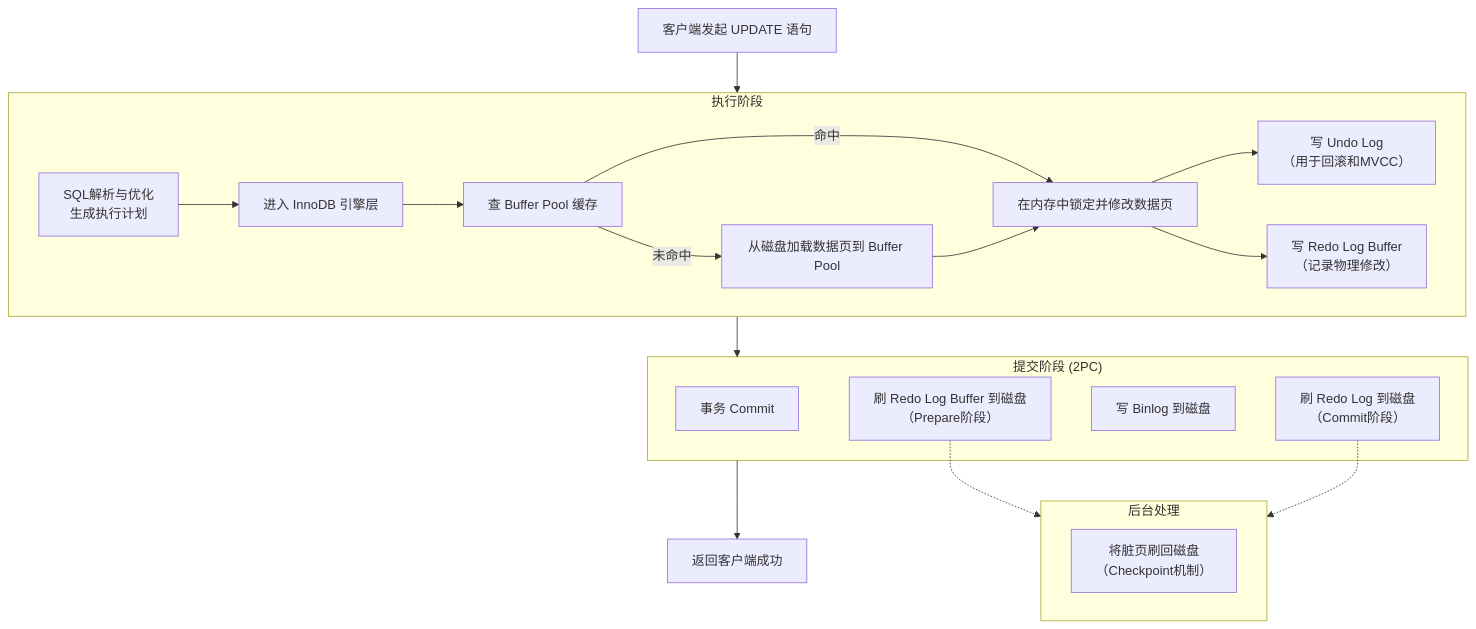
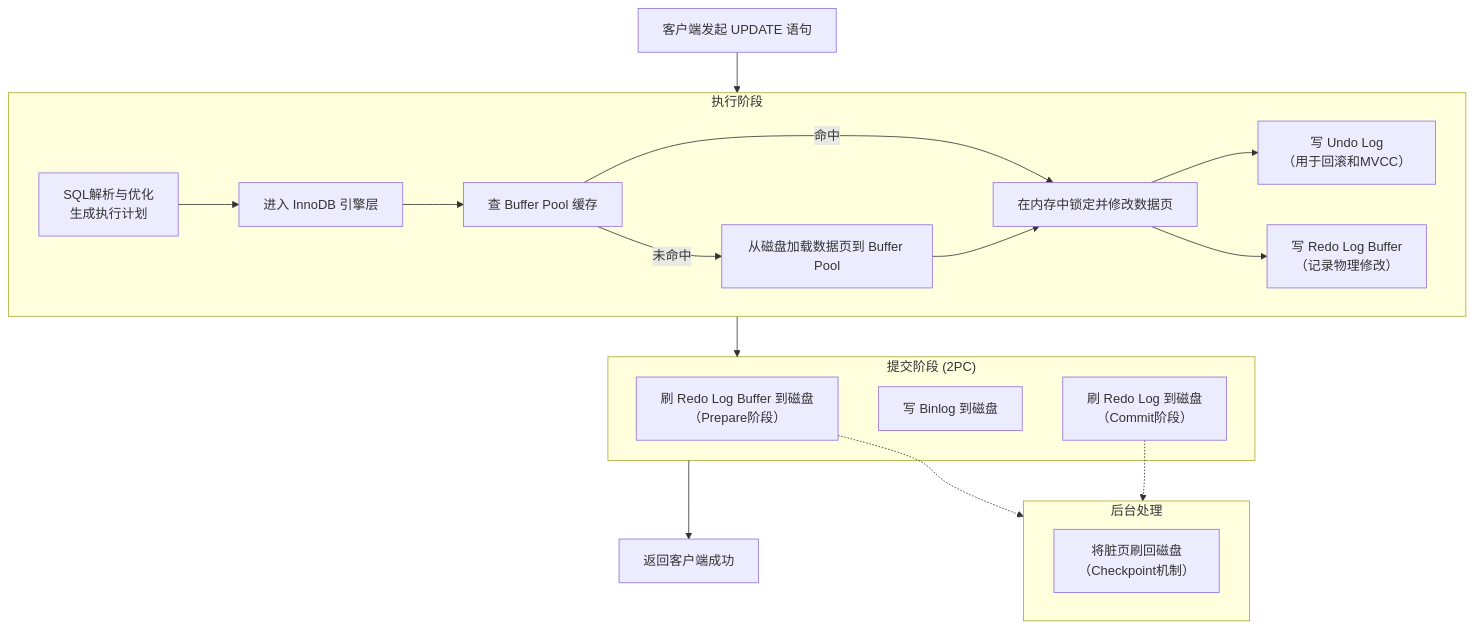
The diagram in 记录一次update的事务执行过程.md (rarer08/enter_java), drawn with Mermaid before and after one commit.

Commit message:
修改流程图

````diff
--- a/记录一次update的事务执行过程.md
+++ b/记录一次update的事务执行过程.md
@@ -9,33 +9,32 @@
 ```mermaid
 flowchart TD
     A[客户端发起 UPDATE 语句] --> B
     
     subgraph B [执行阶段]
         B1[SQL解析与优化<br>生成执行计划]
         B1 --> B2[进入 InnoDB 引擎层]
         B2 --> B3[查 Buffer Pool 缓存]
         B3 -->|命中| B4[在内存中锁定并修改数据页]
         B3 -->|未命中| B5[从磁盘加载数据页到 Buffer Pool]
         B5 --> B4
         B4 --> B6[写 Undo Log<br>（用于回滚和MVCC）]
         B4 --> B7[写 Redo Log Buffer<br>（记录物理修改）]
     end
 
     B --> C
     
     subgraph C ["提交阶段 (2PC)"]
-        C1[事务 Commit]
-        C2[刷 Redo Log Buffer 到磁盘<br>（Prepare阶段）]
-        C3[写 Binlog 到磁盘]
-        C4[刷 Redo Log 到磁盘<br>（Commit阶段）]
+        C1[刷 Redo Log Buffer 到磁盘<br>（Prepare阶段）]
+        C2[写 Binlog 到磁盘]
+        C3[刷 Redo Log 到磁盘<br>（Commit阶段）]
     end
 
     C --> D[返回客户端成功]
 
-    C2 -.-> E[后台异步任务]
-    C4 -.-> E
+    C1 -.-> E[后台异步任务]
+    C3 -.-> E
 
     subgraph E [后台处理]
         E1[将脏页刷回磁盘<br>（Checkpoint机制）]
     end
 ```
````
